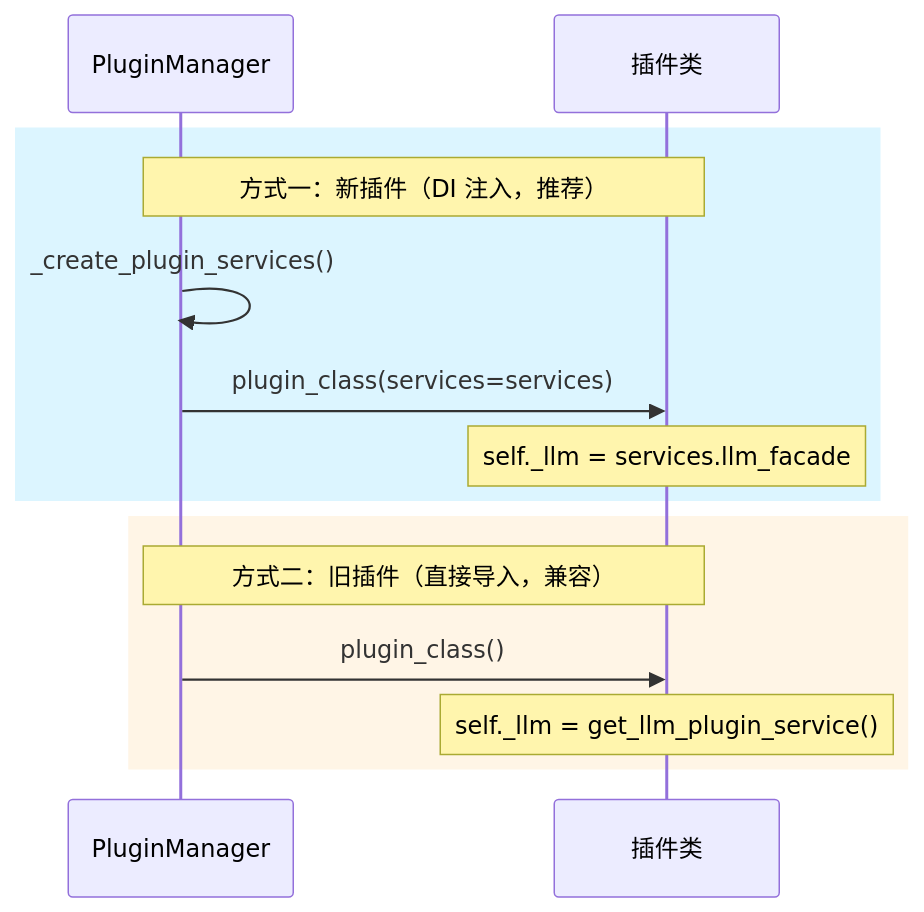
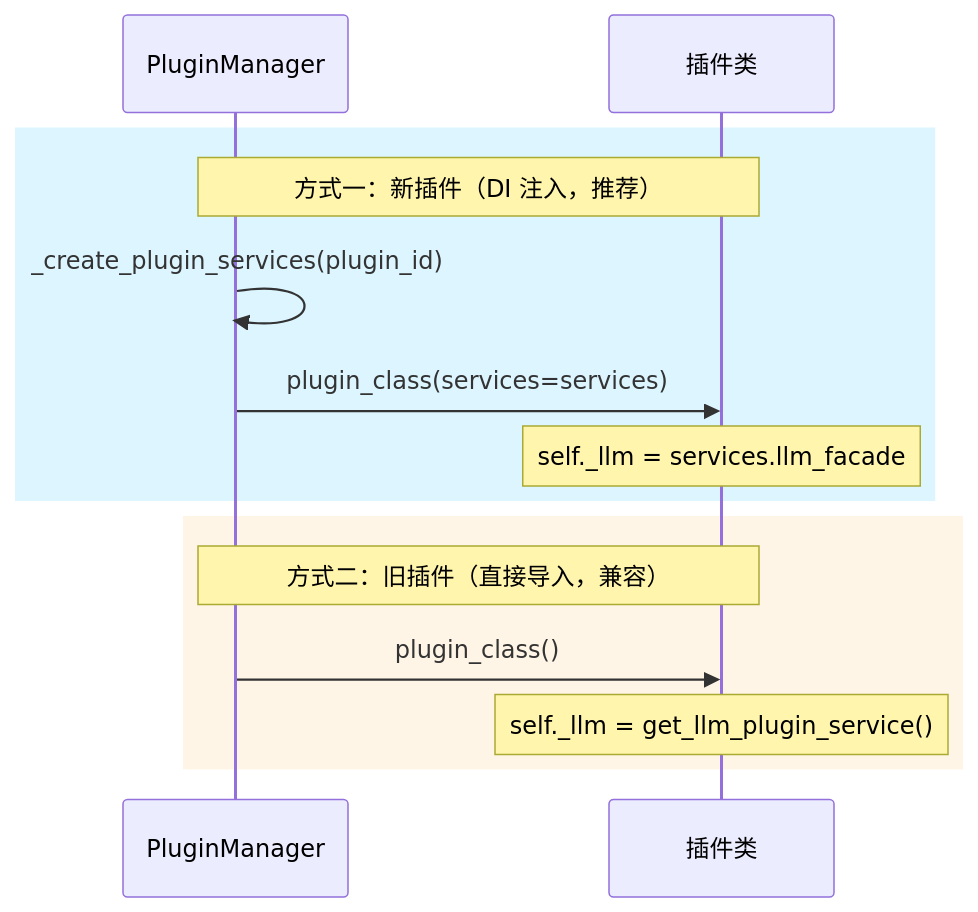
Before and after one commit to KKPIP-Tech/InstructionX: the second of 4 diagrams in docs/plugins/llm-integration-guide.md, drawn with Mermaid. The commit also changed 22 other files, not shown here.

````diff
--- a/docs/plugins/llm-integration-guide.md
+++ b/docs/plugins/llm-integration-guide.md
@@ -45,18 +45,18 @@
 ```mermaid
 sequenceDiagram
     participant PM as PluginManager
     participant Plugin as 插件类
 
     rect rgb(220, 245, 255)
         Note over PM,Plugin: 方式一：新插件（DI 注入，推荐）
-        PM->>PM: _create_plugin_services()
+        PM->>PM: _create_plugin_services(plugin_id)
         PM->>Plugin: plugin_class(services=services)
         Note over Plugin: self._llm = services.llm_facade
     end
 
     rect rgb(255, 245, 230)
         Note over PM,Plugin: 方式二：旧插件（直接导入，兼容）
         PM->>Plugin: plugin_class()
         Note over Plugin: self._llm = get_llm_plugin_service()
     end
 ```
````
